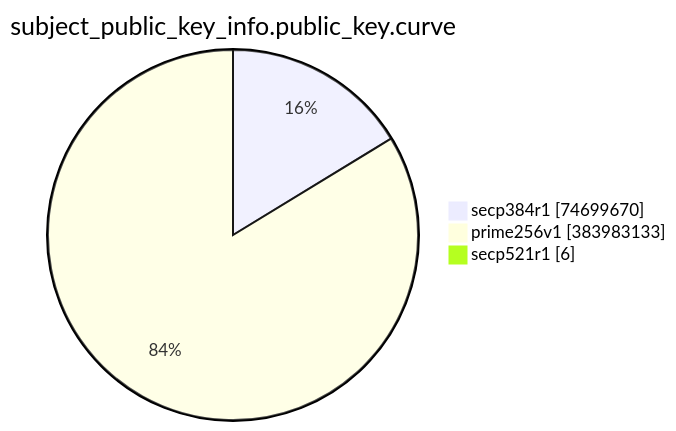
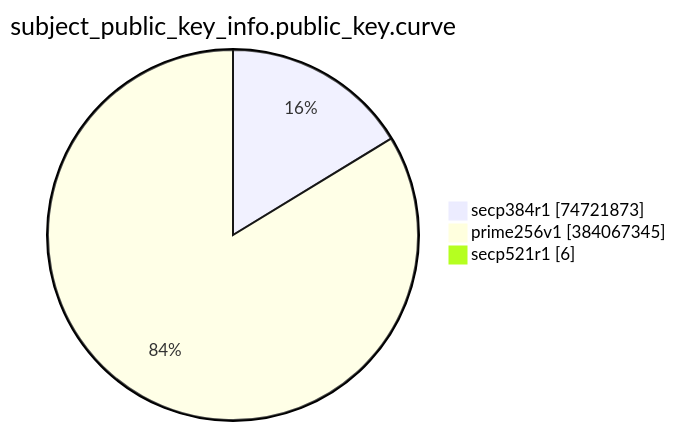
The eighth of 15 diagrams in TOTAL/README.md (christiankrug/ctmonitor_visualization), drawn with Mermaid before and after one commit. The commit also changed other lines of this file, not shown here.

````diff
--- a/TOTAL/README.md
+++ b/TOTAL/README.md
@@ -3094,7 +3094,7 @@
 ```mermaid
 pie showData
 title subject_public_key_info.public_key.curve
-"secp384r1" :74699670
-"prime256v1" :383983133
+"secp384r1" :74721873
+"prime256v1" :384067345
 "secp521r1" :6
 ```
````
